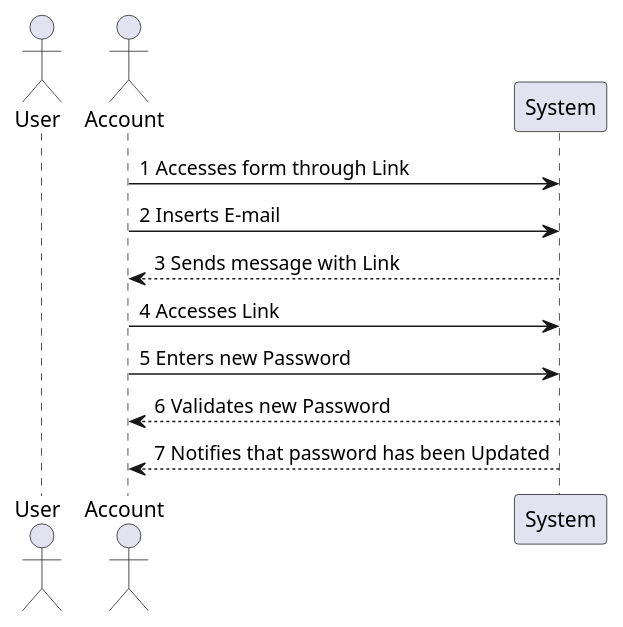
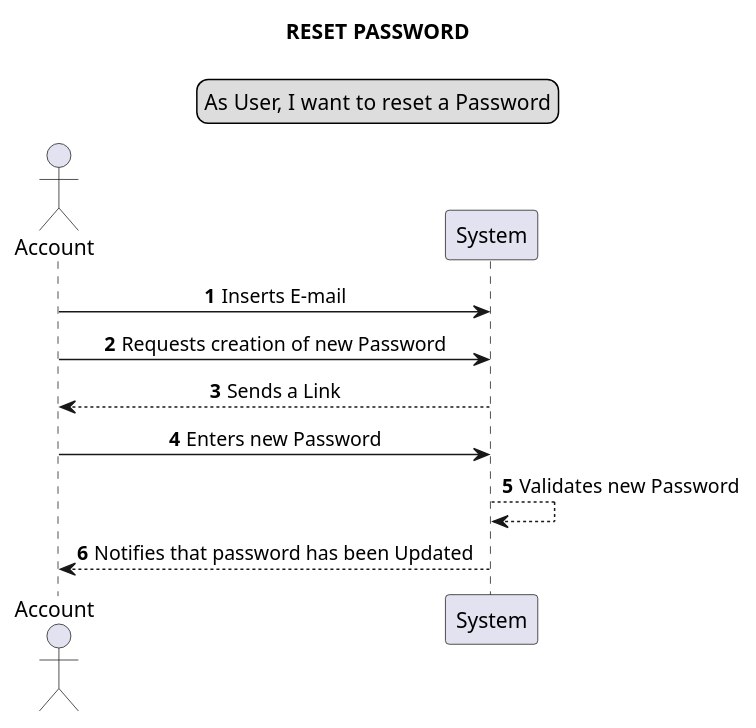
The fifth of 25 diagrams in docs/data_model/System Sequence Diagram.puml (Loracline/project_switch_22-23), drawn with PlantUML before and after one commit. The commit also changed other lines of this file, not shown here.

First line of the commit message:
[None US number]: [Project]: [System Sequence Diagram]

```diff
--- a/docs/data_model/System Sequence Diagram.puml
+++ b/docs/data_model/System Sequence Diagram.puml
@@ -48,11 +63,15 @@
 @startuml
-actor User
+skinparam sequenceMessageAlign center
+autonumber
+title RESET PASSWORD
+legend top
+As User, I want to reset a Password
+end legend
 actor Account
-Account -> System:1 Accesses form through Link
-Account -> System:2 Inserts E-mail
-Account <-- System:3 Sends message with Link
-Account -> System:4 Accesses Link
-Account -> System:5 Enters new Password
-Account <-- System:6 Validates new Password
-Account <-- System:7 Notifies that password has been Updated
+Account -> System: Inserts E-mail
+Account -> System: Requests creation of new Password
+System --> Account: Sends a Link
+Account -> System: Enters new Password
+System --> System: Validates new Password
+Account <-- System: Notifies that password has been Updated
 @enduml
```
